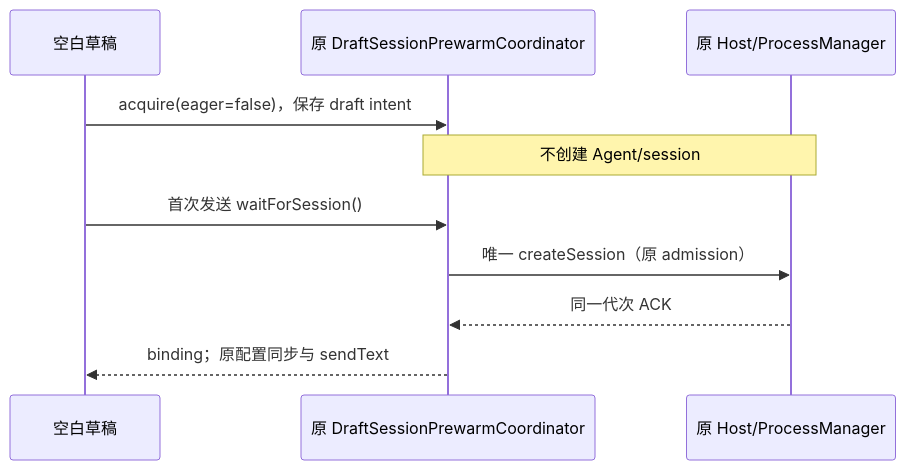
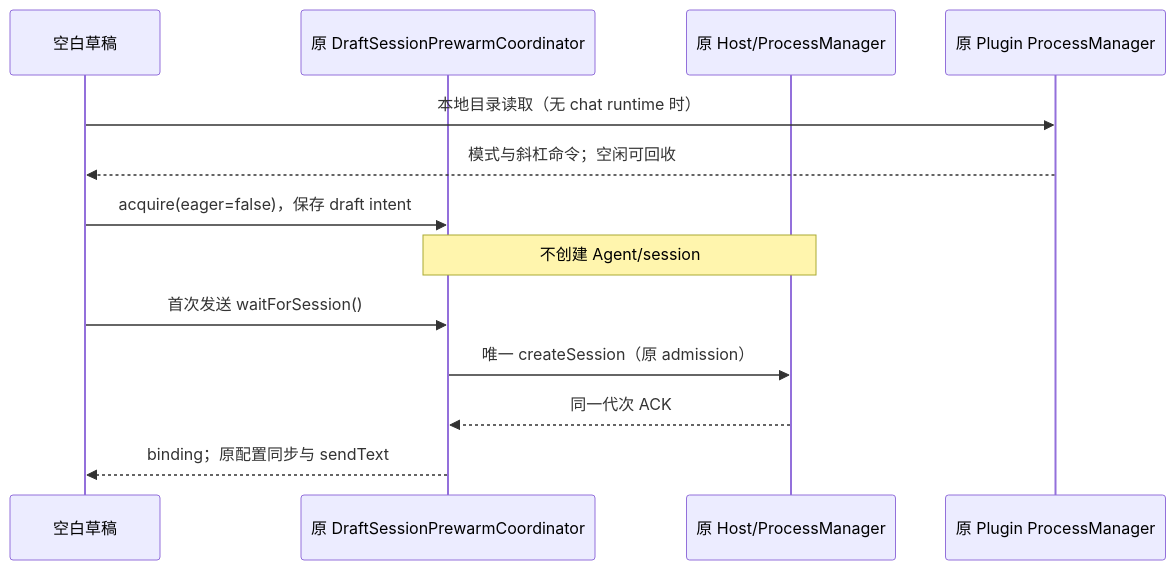
The first of 2 diagrams in specs/aibuddy7se-memory.md (skyjt/ZCode_custom), drawn with Mermaid before and after one commit. The commit also changed other lines of this file and 2 other files, not shown here.

Commit message:
perf(win7): read dormant workspace catalogs through the plugin control process

````diff
--- a/specs/aibuddy7se-memory.md
+++ b/specs/aibuddy7se-memory.md
@@ -22,12 +23,15 @@
 ```mermaid
 sequenceDiagram
   participant Pane as 空白草稿
   participant Owner as 原 DraftSessionPrewarmCoordinator
   participant Host as 原 Host/ProcessManager
+  participant Plugin as 原 Plugin ProcessManager
+  Pane->>Plugin: 本地目录读取（无 chat runtime 时）
+  Plugin-->>Pane: 模式与斜杠命令；空闲可回收
   Pane->>Owner: acquire(eager=false)，保存 draft intent
   Note over Owner,Host: 不创建 Agent/session
   Pane->>Owner: 首次发送 waitForSession()
   Owner->>Host: 唯一 createSession（原 admission）
   Host-->>Owner: 同一代次 ACK
   Owner-->>Pane: binding；原配置同步与 sendText
 ```
````
